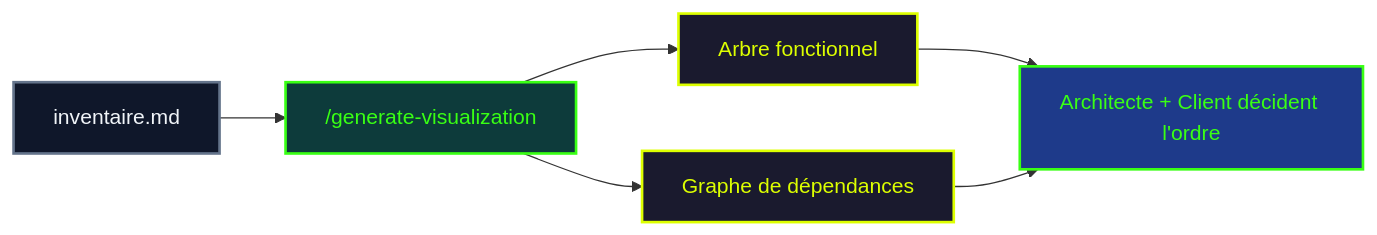
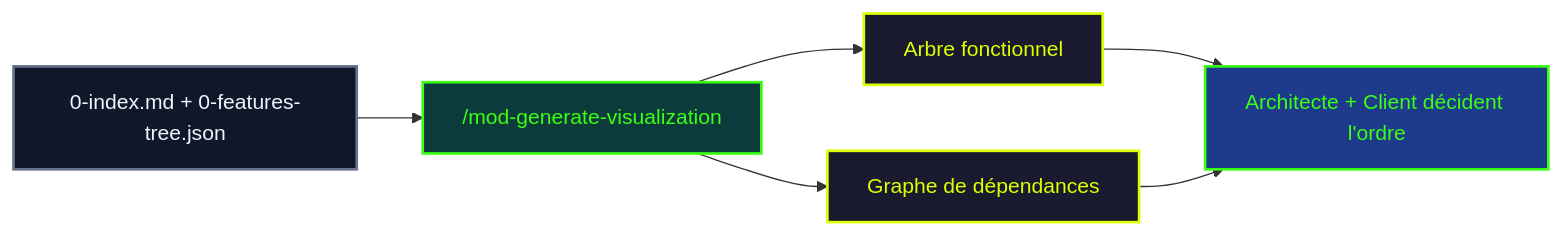
Before and after one commit to fondative/claude-code-ecosystem: the sixth of 15 diagrams in docs/guide/methodology.md, drawn with Mermaid. The commit also changed other lines of this file and 260 other files, not shown here.

````diff
--- a/docs/guide/methodology.md
+++ b/docs/guide/methodology.md
@@ -273,24 +287,24 @@
 ```mermaid
 graph LR
-    INV["inventaire.md"]
-    VIZ["/generate-visualization"]
+    INV["0-index.md + 0-features-tree.json"]
+    VIZ["/mod-generate-visualization"]
     T["Arbre fonctionnel"]
     G["Graphe de dépendances"]
     D["Architecte + Client décident l'ordre"]
 
     INV --> VIZ
     VIZ --> T
     VIZ --> G
     T --> D
     G --> D
 
     classDef input fill:#0f172a,stroke:#64748b,stroke-width:2px,color:#f1f5f9
     classDef cmd fill:#0d3b3b,stroke:#39ff14,stroke-width:2px,color:#39ff14
     classDef output fill:#1a1a2e,stroke:#ddff00,stroke-width:2px,color:#ddff00
     classDef decision fill:#1e3a8a,stroke:#39ff14,stroke-width:2px,color:#39ff14
 
     class INV input
     class VIZ cmd
     class T,G output
     class D decision
 ```
````
